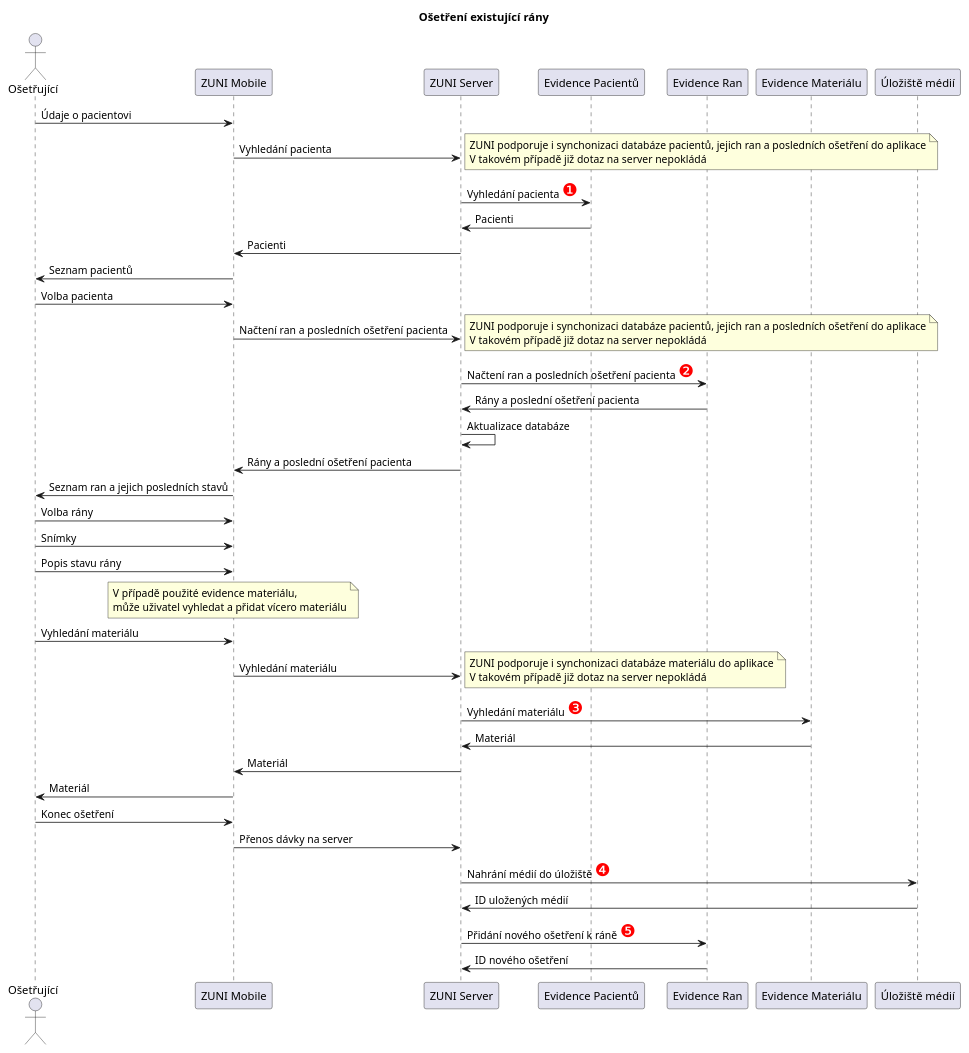
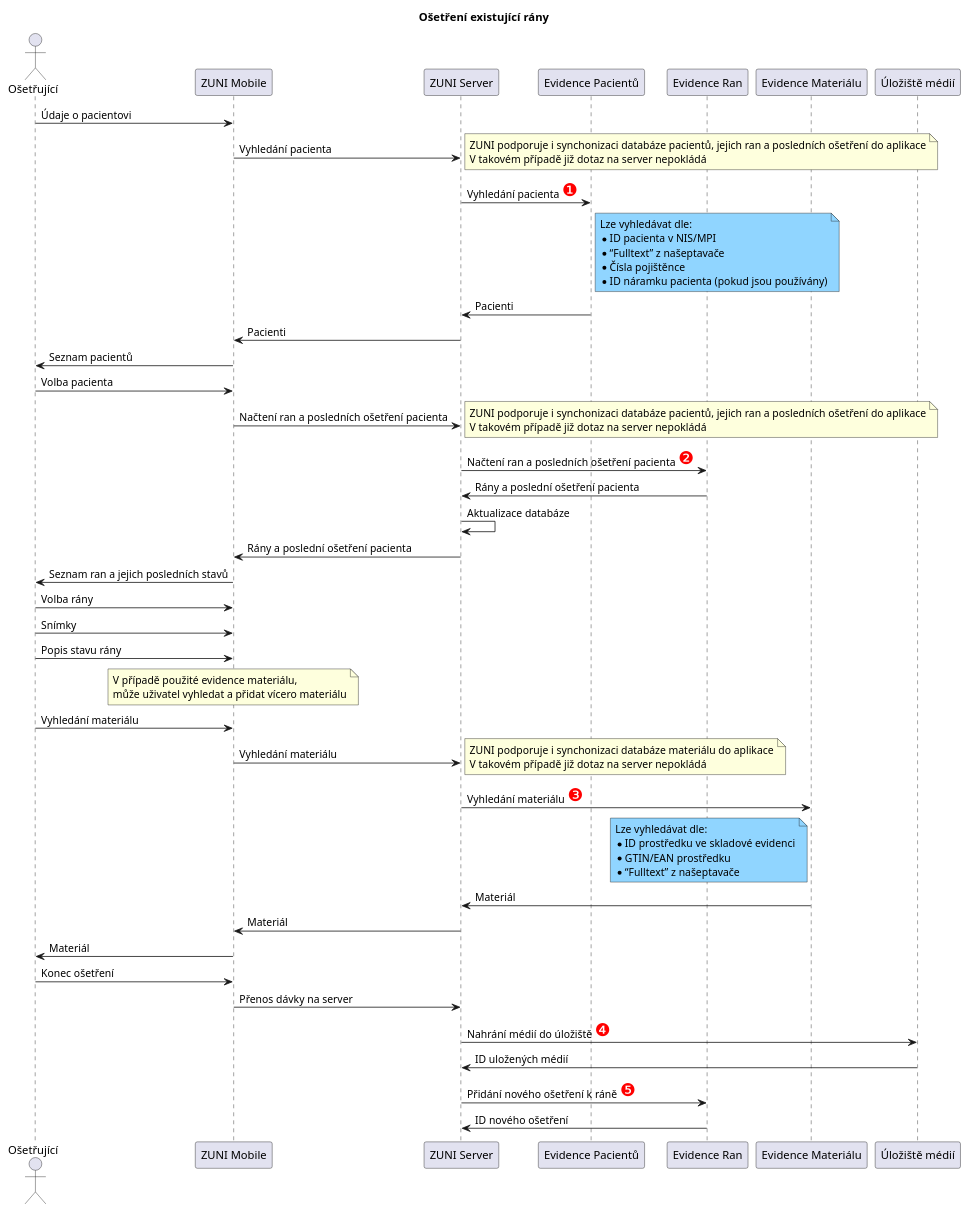
One commit to bindworks/bw-zuni-docs changed the diagram in integration/integration-sequence-existing-wound.plantuml. Above: the diagram before and after it, drawn with PlantUML. The commit also changed other lines of this file, not shown here.

Commit message:
Add search criteria notes for patient and material

```diff
--- a/integration/integration-sequence-existing-wound.plantuml
+++ b/integration/integration-sequence-existing-wound.plantuml
@@ -1,63 +1,76 @@
 @startuml
 
 title "Ošetření existující rány"
 
 actor SES as "Ošetřující"
 participant MOB as "ZUNI Mobile"
 participant SER as "ZUNI Server"
 participant PAC as "Evidence Pacientů"
 participant RAN as "Evidence Ran"
 participant MAT as "Evidence Materiálu"
 participant MED as "Úložiště médií"
 
 SES -> MOB: Údaje o pacientovi
 MOB -> SER: Vyhledání pacienta
 note right
 ZUNI podporuje i synchonizaci databáze pacientů, jejich ran a posledních ošetření do aplikace
 V takovém případě již dotaz na server nepokládá
 end note
 SER -> PAC: Vyhledání pacienta <font color="red"><size:22>❶
+note right of PAC #90D5FF
+Lze vyhledávat dle:
+* ID pacienta v NIS/MPI
+* “Fulltext” z našeptavače
+* Čísla pojištěnce
+* ID náramku pacienta (pokud jsou používány)
+end note
 SER <- PAC: Pacienti
 MOB <- SER: Pacienti
 SES <- MOB: Seznam pacientů
 
 SES -> MOB: Volba pacienta
 MOB -> SER: Načtení ran a posledních ošetření pacienta
 note right
 ZUNI podporuje i synchonizaci databáze pacientů, jejich ran a posledních ošetření do aplikace
 V takovém případě již dotaz na server nepokládá
 end note
 SER -> RAN: Načtení ran a posledních ošetření pacienta <font color="red"><size:22>❷
 SER <- RAN: Rány a poslední ošetření pacienta
 SER -> SER: Aktualizace databáze
 MOB <- SER: Rány a poslední ošetření pacienta
 SES <- MOB: Seznam ran a jejich posledních stavů
 
 SES -> MOB: Volba rány
 SES -> MOB: Snímky
 SES -> MOB: Popis stavu rány
 
 note over MOB
 V případě použité evidence materiálu,
 může uživatel vyhledat a přidat vícero materiálu
 end note
 
 SES -> MOB: Vyhledání materiálu
 MOB -> SER: Vyhledání materiálu
 note right
 ZUNI podporuje i synchonizaci databáze materiálu do aplikace
 V takovém případě již dotaz na server nepokládá
 end note
 SER -> MAT: Vyhledání materiálu <font color="red"><size:22>❸
+note left of MAT #90D5FF
+Lze vyhledávat dle:
+* ID prostředku ve skladové evidenci
+* GTIN/EAN prostředku
+* “Fulltext” z našeptavače
+end note
 SER <- MAT: Materiál
 MOB <- SER: Materiál
 SES <- MOB: Materiál
 
 SES -> MOB: Konec ošetření
 MOB -> SER: Přenos dávky na server
 SER -> MED: Nahrání médií do úložiště <font color="red"><size:22>❹
 MED -> SER: ID uložených médií
 SER -> RAN: Přidání nového ošetření k ráně <font color="red"><size:22>❺
 SER <- RAN: ID nového ošetření
 
 @enduml
```
